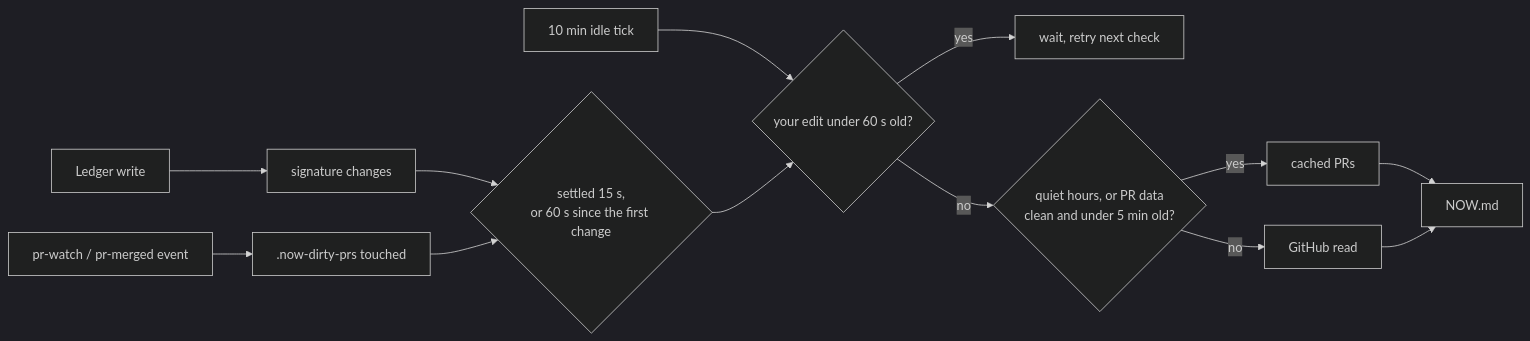
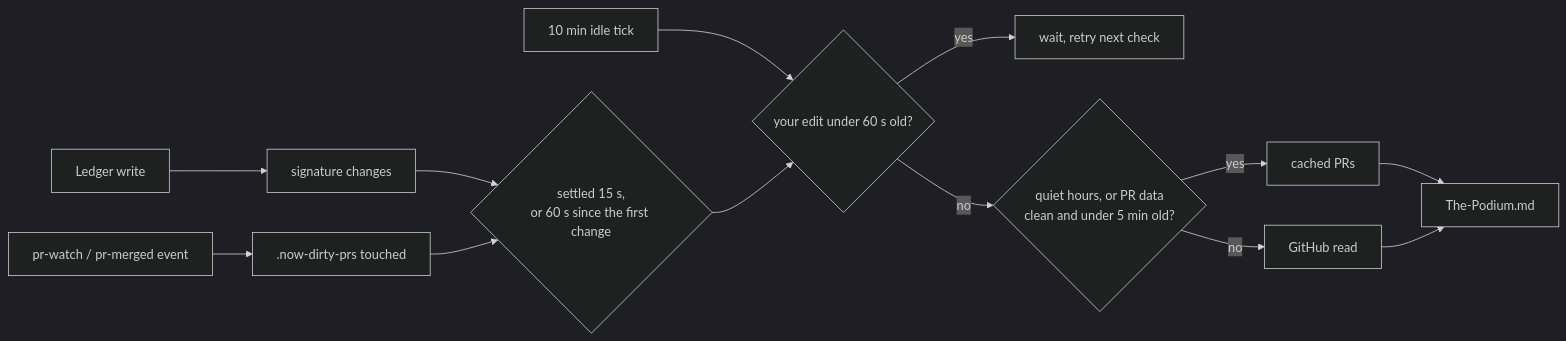
One commit to jackreichert/the-maestro changed the sixth of 9 diagrams in README.md. Above: the diagram before and after it, drawn with Mermaid (dark theme). The commit also changed other lines of this file and 4 other files, not shown here.

````diff
--- a/README.md
+++ b/README.md
@@ -349,15 +350,15 @@
 ```mermaid
 flowchart LR
     L[Ledger write] --> S[signature changes]
     P[pr-watch / pr-merged event] --> D[.now-dirty-prs touched]
     S --> W{settled 15 s,<br>or 60 s since the first change}
     D --> W
     I[10 min idle tick] --> E
     W --> E{your edit under 60 s old?}
     E -->|yes| X[wait, retry next check]
     E -->|no| Q{quiet hours, or PR data<br>clean and under 5 min old?}
     Q -->|yes| C[cached PRs]
     Q -->|no| H[GitHub read]
-    C --> N[NOW.md]
+    C --> N[The-Podium.md]
     H --> N
 ```
````
